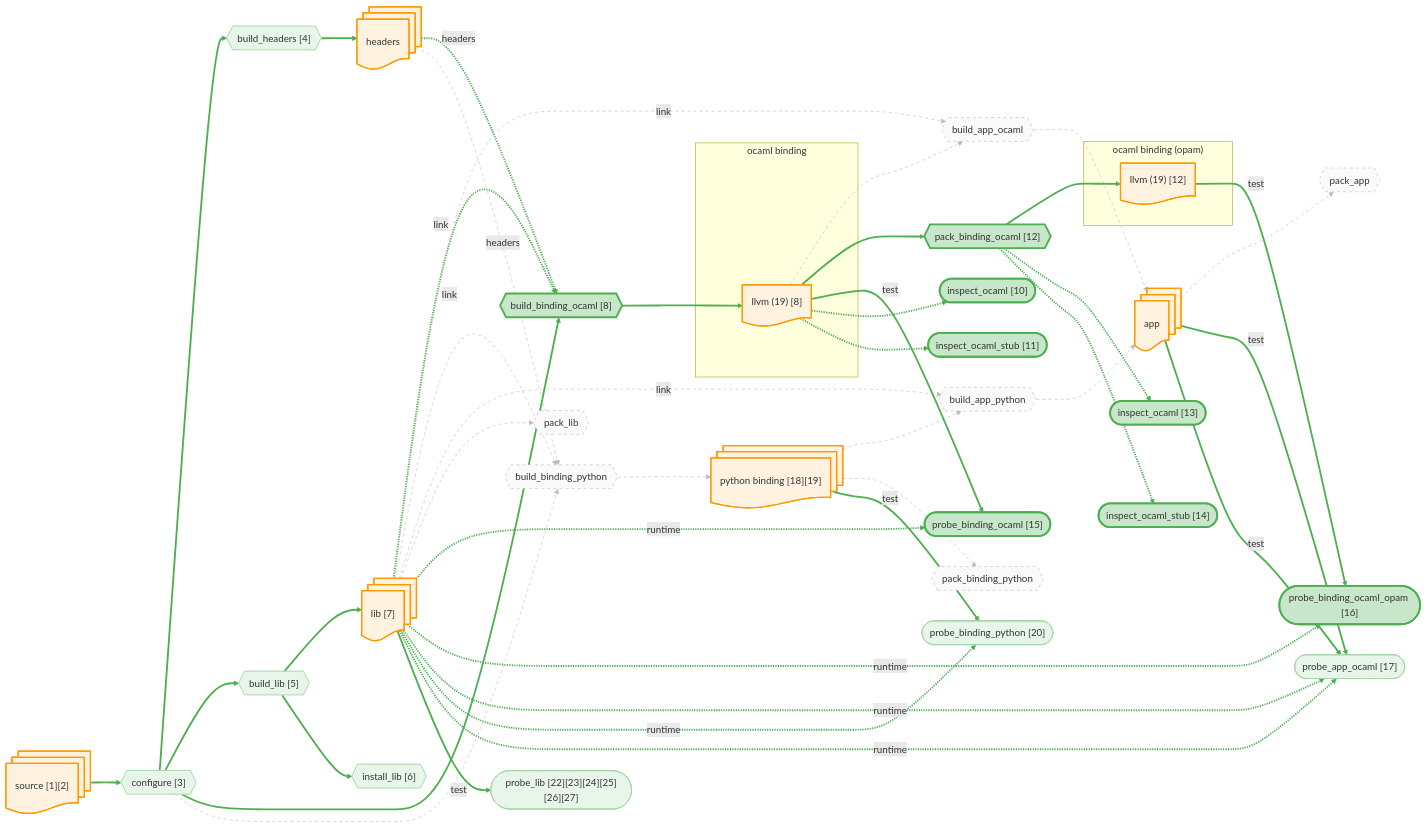
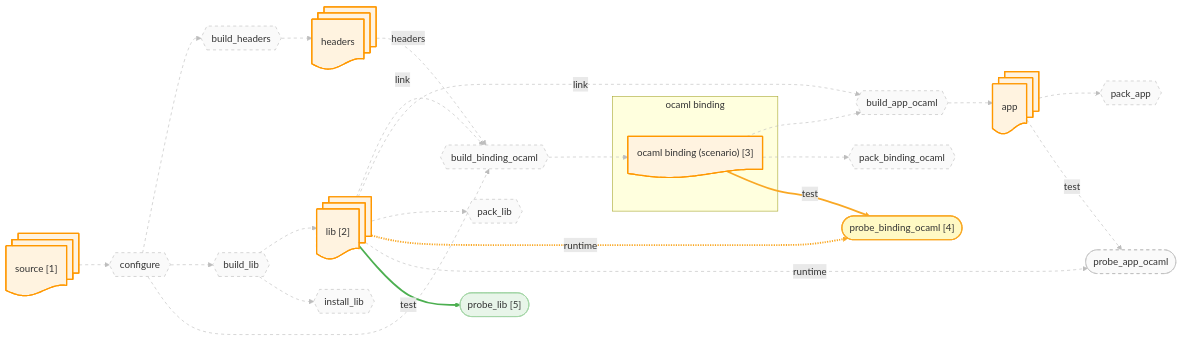
One commit to JHU-PL-Lab/tola changed the diagram in docs/canary/projects/llvm/-run/diagrams/binding_ocaml.mmd. Above: the diagram before and after it, drawn with Mermaid. The commit also changed 941 other files, not shown here.

```diff
--- a/docs/canary/projects/llvm/-run/diagrams/binding_ocaml.mmd
+++ b/docs/canary/projects/llvm/-run/diagrams/binding_ocaml.mmd
@@ -1,149 +1,87 @@
 %% view: binding_ocaml
 graph LR
-    source_node@{ shape: docs, label: "source [1][2]" }
+    source_node@{ shape: docs, label: "source [1]" }
     headers_node@{ shape: docs, label: "headers" }
-    lib_node@{ shape: docs, label: "lib [7]" }
+    lib_node@{ shape: docs, label: "lib [2]" }
     app_node@{ shape: docs, label: "app" }
-    subgraph ocaml_binding_input_sg ["ocaml binding"]
-      ocaml_binding_build_tree_node@{ shape: doc, label: "llvm (19) [8]" }
+    subgraph ocaml_binding_sg ["ocaml binding"]
+      ocaml_binding_fetch_node@{ shape: doc, label: "ocaml binding (scenario) [3]" }
     end
-    subgraph ocaml_binding_product_sg ["ocaml binding (opam)"]
-      ocaml_binding_opam_node@{ shape: doc, label: "llvm (19) [12]" }
-    end
-    python_binding_node@{ shape: docs, label: "python binding [18][19]" }
 
-    A_configure{{"configure [3]"}}
-    A_build_headers{{"build_headers [4]"}}
-    A_build_lib{{"build_lib [5]"}}
-    A_build_binding_ocaml{{"build_binding_ocaml [8]"}}
+    A_configure{{"configure"}}
+    A_build_headers{{"build_headers"}}
+    A_build_lib{{"build_lib"}}
+    A_build_binding_ocaml{{"build_binding_ocaml"}}
     A_build_app_ocaml{{"build_app_ocaml"}}
-    A_build_binding_python{{"build_binding_python"}}
-    A_build_app_python{{"build_app_python"}}
-    A_install_lib{{"install_lib [6]"}}
-    A_pack_binding_ocaml{{"pack_binding_ocaml [12]"}}
-    A_pack_binding_python{{"pack_binding_python"}}
+    A_install_lib{{"install_lib"}}
+    A_pack_binding_ocaml{{"pack_binding_ocaml"}}
     A_pack_lib{{"pack_lib"}}
     A_pack_app{{"pack_app"}}
-    A_probe_binding_ocaml(["probe_binding_ocaml [15]"])
-    A_probe_binding_ocaml_opam(["probe_binding_ocaml_opam [16]"])
-    A_probe_app_ocaml(["probe_app_ocaml [17]"])
-    A_probe_binding_python(["probe_binding_python [20]"])
-    A_probe_app_ocaml(["probe_app_ocaml [17]"])
-    A_probe_lib(["probe_lib [22][23][24][25][26][27]"])
-    A_fetch_binding_ocaml_inspect(["inspect_ocaml [10]"])
-    A_fetch_binding_ocaml_stub_inspect(["inspect_ocaml_stub [11]"])
-    A_pack_binding_ocaml_inspect(["inspect_ocaml [13]"])
-    A_pack_binding_ocaml_stub_inspect(["inspect_ocaml_stub [14]"])
+    A_probe_binding_ocaml(["probe_binding_ocaml [4]"])
+    A_probe_app_ocaml(["probe_app_ocaml"])
+    A_probe_lib(["probe_lib [5]"])
 
     source_node --> A_configure
     A_configure --> A_build_headers
     A_build_headers --> headers_node
     A_configure --> A_build_lib
     A_build_lib --> lib_node
     A_configure --> A_build_binding_ocaml
     headers_node -.->|headers| A_build_binding_ocaml
     lib_node -.->|link| A_build_binding_ocaml
-    A_build_binding_ocaml --> ocaml_binding_build_tree_node
-    ocaml_binding_build_tree_node --> A_build_app_ocaml
+    A_build_binding_ocaml --> ocaml_binding_fetch_node
+    ocaml_binding_fetch_node --> A_build_app_ocaml
     lib_node -.->|link| A_build_app_ocaml
     A_build_app_ocaml --> app_node
-    A_configure --> A_build_binding_python
-    headers_node -.->|headers| A_build_binding_python
-    lib_node -.->|link| A_build_binding_python
-    A_build_binding_python --> python_binding_node
-    python_binding_node --> A_build_app_python
-    lib_node -.->|link| A_build_app_python
-    A_build_app_python --> app_node
     A_build_lib --> A_install_lib
-    ocaml_binding_build_tree_node --> A_pack_binding_ocaml
-    A_pack_binding_ocaml --> ocaml_binding_opam_node
-    python_binding_node --> A_pack_binding_python
+    ocaml_binding_fetch_node --> A_pack_binding_ocaml
     lib_node --> A_pack_lib
     app_node --> A_pack_app
-    ocaml_binding_build_tree_node -->|test| A_probe_binding_ocaml
+    ocaml_binding_fetch_node -->|test| A_probe_binding_ocaml
     lib_node -.->|runtime| A_probe_binding_ocaml
-    ocaml_binding_opam_node -->|test| A_probe_binding_ocaml_opam
-    lib_node -.->|runtime| A_probe_binding_ocaml_opam
-    app_node -->|test| A_probe_app_ocaml
-    lib_node -.->|runtime| A_probe_app_ocaml
-    python_binding_node -->|test| A_probe_binding_python
-    lib_node -.->|runtime| A_probe_binding_python
     app_node -->|test| A_probe_app_ocaml
     lib_node -.->|runtime| A_probe_app_ocaml
     lib_node -->|test| A_probe_lib
-    ocaml_binding_build_tree_node -.-> A_fetch_binding_ocaml_inspect
-    ocaml_binding_build_tree_node -.-> A_fetch_binding_ocaml_stub_inspect
-    A_pack_binding_ocaml -.-> A_pack_binding_ocaml_inspect
-    A_pack_binding_ocaml -.-> A_pack_binding_ocaml_stub_inspect
 
     classDef artifact fill:#fff3e0,stroke:#ff9800,stroke-width:2px
     classDef action fill:#f3e5f5,stroke:#9c27b0,stroke-width:2px
     classDef st_done fill:#c8e6c9,stroke:#4caf50,stroke-width:3px
     classDef st_done_ctx fill:#e8f5e9,stroke:#a5d6a7,stroke-width:1.5px
     classDef st_expected_fail fill:#fff9c4,stroke:#f9a825,stroke-width:2px
     classDef st_failed fill:#ffcdd2,stroke:#c62828,stroke-width:2px
     classDef st_skipped fill:#f5f5f5,stroke:#9e9e9e,stroke-dasharray:5
     classDef st_nospec fill:#fafafa,stroke:#bdbdbd,stroke-dasharray:5
-    class source_node,headers_node,lib_node,app_node,ocaml_binding_build_tree_node,ocaml_binding_opam_node,python_binding_node artifact
-    class A_configure st_done_ctx
-    class A_build_headers st_done_ctx
-    class A_build_lib st_done_ctx
-    class A_build_binding_ocaml st_done
+    class source_node,headers_node,lib_node,app_node,ocaml_binding_fetch_node artifact
+    class A_configure st_nospec
+    class A_build_headers st_nospec
+    class A_build_lib st_nospec
+    class A_build_binding_ocaml st_nospec
     class A_build_app_ocaml st_nospec
-    class A_build_binding_python st_nospec
-    class A_build_app_python st_nospec
-    class A_install_lib st_done_ctx
-    class A_pack_binding_ocaml st_done
-    class A_pack_binding_python st_nospec
+    class A_install_lib st_nospec
+    class A_pack_binding_ocaml st_nospec
     class A_pack_lib st_nospec
     class A_pack_app st_nospec
-    class A_probe_binding_ocaml st_done
-    class A_probe_binding_ocaml_opam st_done
-    class A_probe_app_ocaml st_done_ctx
-    class A_probe_binding_python st_done_ctx
-    class A_probe_app_ocaml st_done_ctx
+    class A_probe_binding_ocaml st_expected_fail
+    class A_probe_app_ocaml st_nospec
     class A_probe_lib st_done_ctx
-    class A_fetch_binding_ocaml_inspect st_done
-    class A_fetch_binding_ocaml_stub_inspect st_done
-    class A_pack_binding_ocaml_inspect st_done
-    class A_pack_binding_ocaml_stub_inspect st_done
-    linkStyle 0 stroke:#4caf50,stroke-width:3px
-    linkStyle 1 stroke:#4caf50,stroke-width:3px
-    linkStyle 2 stroke:#4caf50,stroke-width:3px
-    linkStyle 3 stroke:#4caf50,stroke-width:3px
-    linkStyle 4 stroke:#4caf50,stroke-width:3px
-    linkStyle 5 stroke:#4caf50,stroke-width:3px
-    linkStyle 6 stroke:#4caf50,stroke-width:3px
-    linkStyle 7 stroke:#4caf50,stroke-width:3px
-    linkStyle 8 stroke:#4caf50,stroke-width:3px
+    linkStyle 0 stroke:#bdbdbd,stroke-width:1px,stroke-dasharray:5
+    linkStyle 1 stroke:#bdbdbd,stroke-width:1px,stroke-dasharray:5
+    linkStyle 2 stroke:#bdbdbd,stroke-width:1px,stroke-dasharray:5
+    linkStyle 3 stroke:#bdbdbd,stroke-width:1px,stroke-dasharray:5
+    linkStyle 4 stroke:#bdbdbd,stroke-width:1px,stroke-dasharray:5
+    linkStyle 5 stroke:#bdbdbd,stroke-width:1px,stroke-dasharray:5
+    linkStyle 6 stroke:#bdbdbd,stroke-width:1px,stroke-dasharray:5
+    linkStyle 7 stroke:#bdbdbd,stroke-width:1px,stroke-dasharray:5
+    linkStyle 8 stroke:#bdbdbd,stroke-width:1px,stroke-dasharray:5
     linkStyle 9 stroke:#bdbdbd,stroke-width:1px,stroke-dasharray:5
     linkStyle 10 stroke:#bdbdbd,stroke-width:1px,stroke-dasharray:5
     linkStyle 11 stroke:#bdbdbd,stroke-width:1px,stroke-dasharray:5
     linkStyle 12 stroke:#bdbdbd,stroke-width:1px,stroke-dasharray:5
     linkStyle 13 stroke:#bdbdbd,stroke-width:1px,stroke-dasharray:5
     linkStyle 14 stroke:#bdbdbd,stroke-width:1px,stroke-dasharray:5
     linkStyle 15 stroke:#bdbdbd,stroke-width:1px,stroke-dasharray:5
-    linkStyle 16 stroke:#bdbdbd,stroke-width:1px,stroke-dasharray:5
-    linkStyle 17 stroke:#bdbdbd,stroke-width:1px,stroke-dasharray:5
+    linkStyle 16 stroke:#f9a825,stroke-width:3px
+    linkStyle 17 stroke:#f9a825,stroke-width:3px
     linkStyle 18 stroke:#bdbdbd,stroke-width:1px,stroke-dasharray:5
-    linkStyle 19 stroke:#4caf50,stroke-width:3px
+    linkStyle 19 stroke:#bdbdbd,stroke-width:1px,stroke-dasharray:5
     linkStyle 20 stroke:#4caf50,stroke-width:3px
-    linkStyle 21 stroke:#4caf50,stroke-width:3px
-    linkStyle 22 stroke:#bdbdbd,stroke-width:1px,stroke-dasharray:5
-    linkStyle 23 stroke:#bdbdbd,stroke-width:1px,stroke-dasharray:5
-    linkStyle 24 stroke:#bdbdbd,stroke-width:1px,stroke-dasharray:5
-    linkStyle 25 stroke:#4caf50,stroke-width:3px
-    linkStyle 26 stroke:#4caf50,stroke-width:3px
-    linkStyle 27 stroke:#4caf50,stroke-width:3px
-    linkStyle 28 stroke:#4caf50,stroke-width:3px
-    linkStyle 29 stroke:#4caf50,stroke-width:3px
-    linkStyle 30 stroke:#4caf50,stroke-width:3px
-    linkStyle 31 stroke:#4caf50,stroke-width:3px
-    linkStyle 32 stroke:#4caf50,stroke-width:3px
-    linkStyle 33 stroke:#4caf50,stroke-width:3px
-    linkStyle 34 stroke:#4caf50,stroke-width:3px
-    linkStyle 35 stroke:#4caf50,stroke-width:3px
-    linkStyle 36 stroke:#4caf50,stroke-width:3px
-    linkStyle 37 stroke:#4caf50,stroke-width:3px
-    linkStyle 38 stroke:#4caf50,stroke-width:3px
-    linkStyle 39 stroke:#4caf50,stroke-width:3px
```
